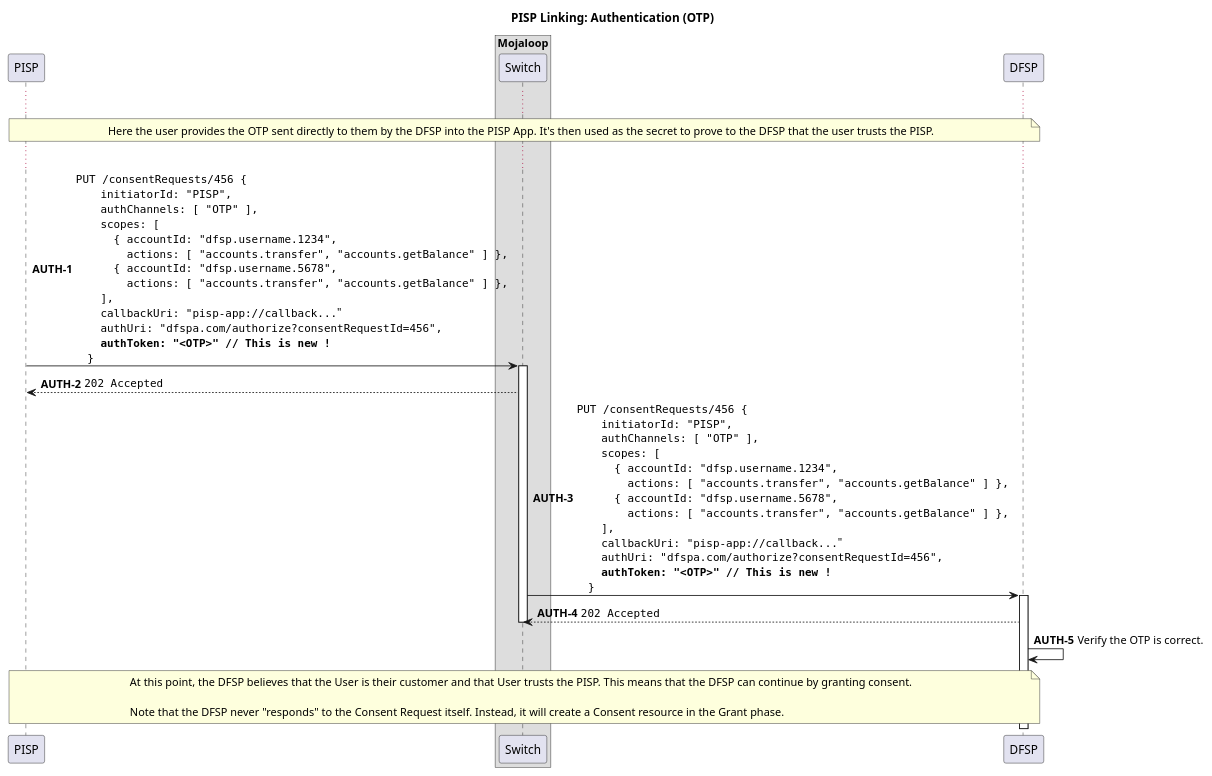
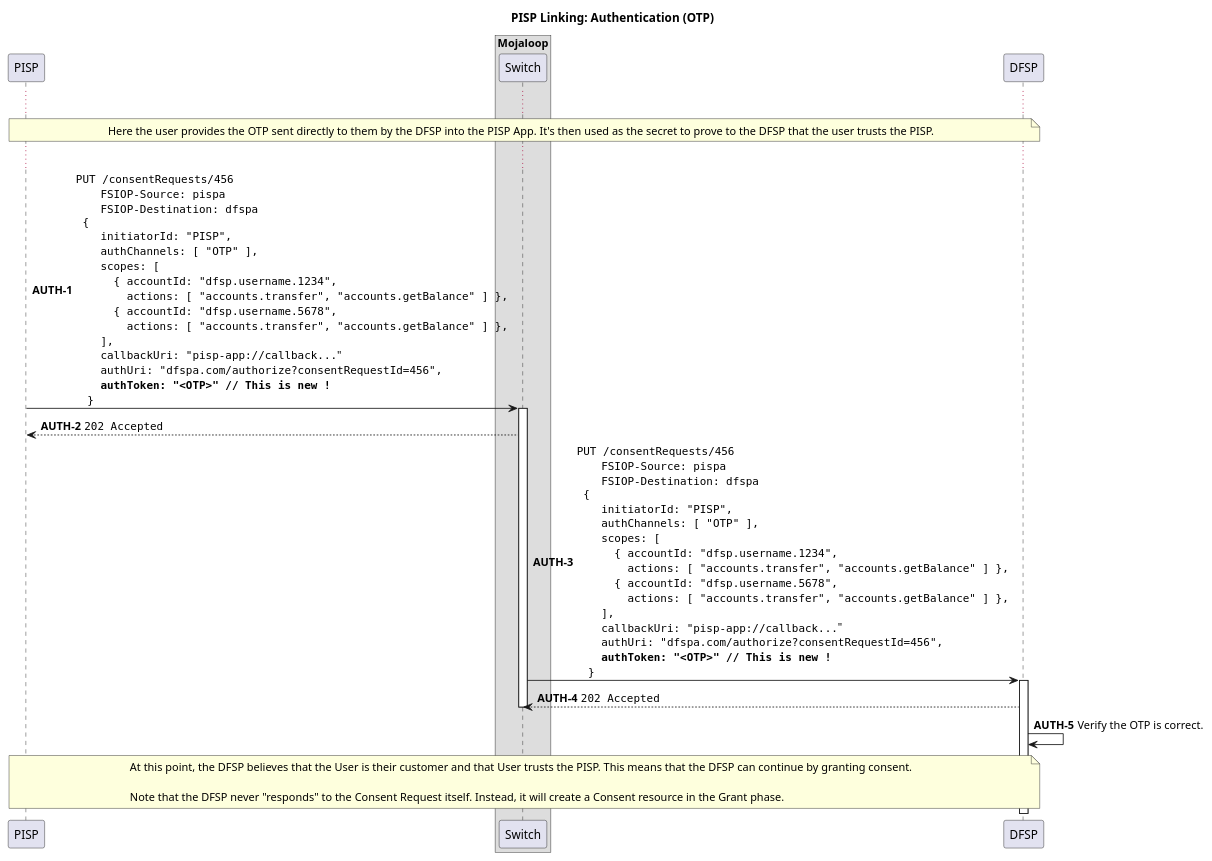
The diagram in docs/linking/3-authentication-otp.puml (vessels-tech/pisp-1), drawn with PlantUML before and after one commit. The commit also changed 8 other files, not shown here.

Commit message:
feat: update sequence diagrams to show correct headers

```diff
--- a/docs/linking/3-authentication-otp.puml
+++ b/docs/linking/3-authentication-otp.puml
@@ -1,63 +1,69 @@
 @startuml
 
 title PISP Linking: Authentication (OTP)
 
 participant "PISP" as PISP
 
 box "Mojaloop"
     participant Switch
 end box
 
 participant "DFSP" as DFSP
 
 autonumber 1 "<b>AUTH-#</b>"
 
 ...
 
 note over PISP, DFSP
   Here the user provides the OTP sent directly to them by the DFSP into the PISP App. It's then used as the secret to prove to the DFSP that the user trusts the PISP.
 end note
 
 ...
 
-PISP -> Switch ++: ""PUT /consentRequests/456 {""\n\
+PISP -> Switch ++: ""PUT /consentRequests/456""\n\
+    ""  FSIOP-Source: pispa""\n\
+    ""  FSIOP-Destination: dfspa""\n\
+"" {""\n\
     ""  initiatorId: "PISP",""\n\
     ""  authChannels: [ "OTP" ],""\n\
     ""  scopes: [ ""\n\
     ""    { accountId: "dfsp.username.1234",""\n\
     ""      actions: [ "accounts.transfer", "accounts.getBalance" ] },""\n\
     ""    { accountId: "dfsp.username.5678",""\n\
     ""      actions: [ "accounts.transfer", "accounts.getBalance" ] },""\n\
     ""  ],""\n\
     ""  callbackUri: "pisp-app://callback..."""\n\
     ""  authUri: "dfspa.com/authorize?consentRequestId=456",""\n\
     ""  **authToken: "<OTP>" // This is new !**""\n\
     ""}""
 Switch --> PISP: ""202 Accepted""
 deactivate PISP
 
-Switch -> DFSP ++: ""PUT /consentRequests/456 {""\n\
+Switch -> DFSP ++: ""PUT /consentRequests/456""\n\
+    ""  FSIOP-Source: pispa""\n\
+    ""  FSIOP-Destination: dfspa""\n\
+"" {""\n\
     ""  initiatorId: "PISP",""\n\
     ""  authChannels: [ "OTP" ],""\n\
     ""  scopes: [ ""\n\
     ""    { accountId: "dfsp.username.1234",""\n\
     ""      actions: [ "accounts.transfer", "accounts.getBalance" ] },""\n\
     ""    { accountId: "dfsp.username.5678",""\n\
     ""      actions: [ "accounts.transfer", "accounts.getBalance" ] },""\n\
     ""  ],""\n\
     ""  callbackUri: "pisp-app://callback..."""\n\
     ""  authUri: "dfspa.com/authorize?consentRequestId=456",""\n\
     ""  **authToken: "<OTP>" // This is new !**""\n\
     ""}""
 DFSP --> Switch: ""202 Accepted""
 deactivate Switch
 
 DFSP -> DFSP: Verify the OTP is correct.
 
 note over PISP, DFSP
   At this point, the DFSP believes that the User is their customer and that User trusts the PISP. This means that the DFSP can continue by granting consent.
 
   Note that the DFSP never "responds" to the Consent Request itself. Instead, it will create a Consent resource in the Grant phase.
 end note
 
 @enduml
```
